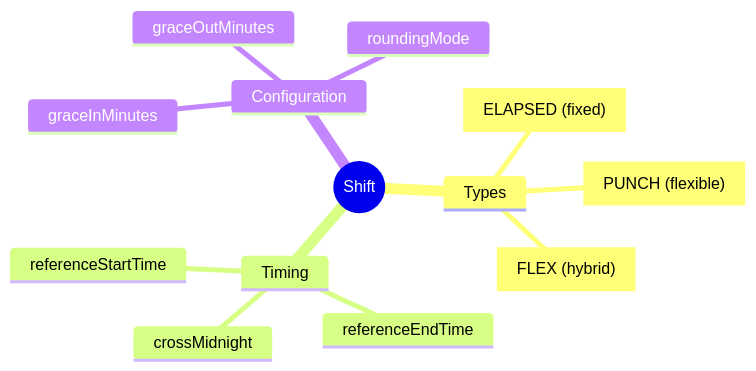
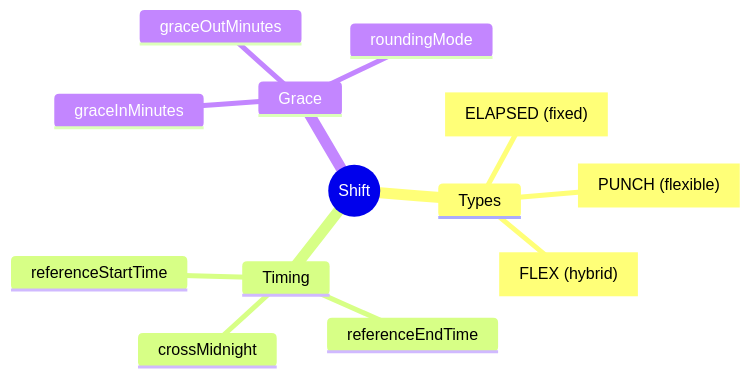
One commit to a4b-corporation/xTalent changed the first of 3 diagrams in docs/01-modules/TA/00-ontology/domain/time-modeling/shift.onto.md. Above: the diagram before and after it, drawn with Mermaid. The commit also changed other lines of this file and 12 other files, not shown here.

````diff
--- a/docs/01-modules/TA/00-ontology/domain/time-modeling/shift.onto.md
+++ b/docs/01-modules/TA/00-ontology/domain/time-modeling/shift.onto.md
@@ -175,16 +180,16 @@
 ```mermaid
 mindmap
   root((Shift))
     Types
       ELAPSED["ELAPSED (fixed)"]
       PUNCH["PUNCH (flexible)"]
       FLEX["FLEX (hybrid)"]
     Timing
       referenceStartTime
       referenceEndTime
       crossMidnight
-    Configuration
+    Grace
       graceInMinutes
       graceOutMinutes
       roundingMode
 ```
````
